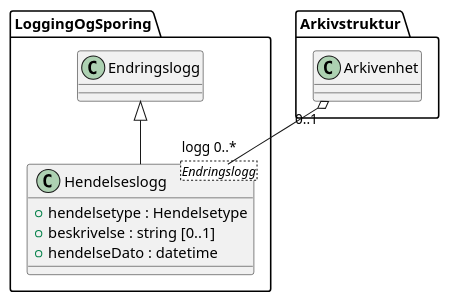
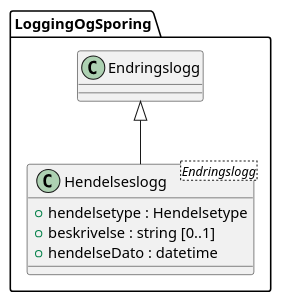
The diagram in kapitler/media/uml-class-hendelseslogg.puml (arkivverket/noark5-tjenestegrensesnitt-standard), drawn with PlantUML before and after one commit. The commit also changed 4 other files, not shown here.

Commit message:
Oppdaterte PlantUML-diagram fra teksten.

```diff
--- a/kapitler/media/uml-class-hendelseslogg.puml
+++ b/kapitler/media/uml-class-hendelseslogg.puml
@@ -1,10 +1,9 @@
 @startuml
 skinparam nodesep 100
 class LoggingOgSporing.Hendelseslogg <Endringslogg> {
   +hendelsetype : Hendelsetype
   +beskrivelse : string [0..1]
   +hendelseDato : datetime
 }
-Arkivstruktur.Arkivenhet "0..1" o-- "logg 0..*" LoggingOgSporing.Hendelseslogg
 LoggingOgSporing.Endringslogg <|-- LoggingOgSporing.Hendelseslogg
 @enduml
```
